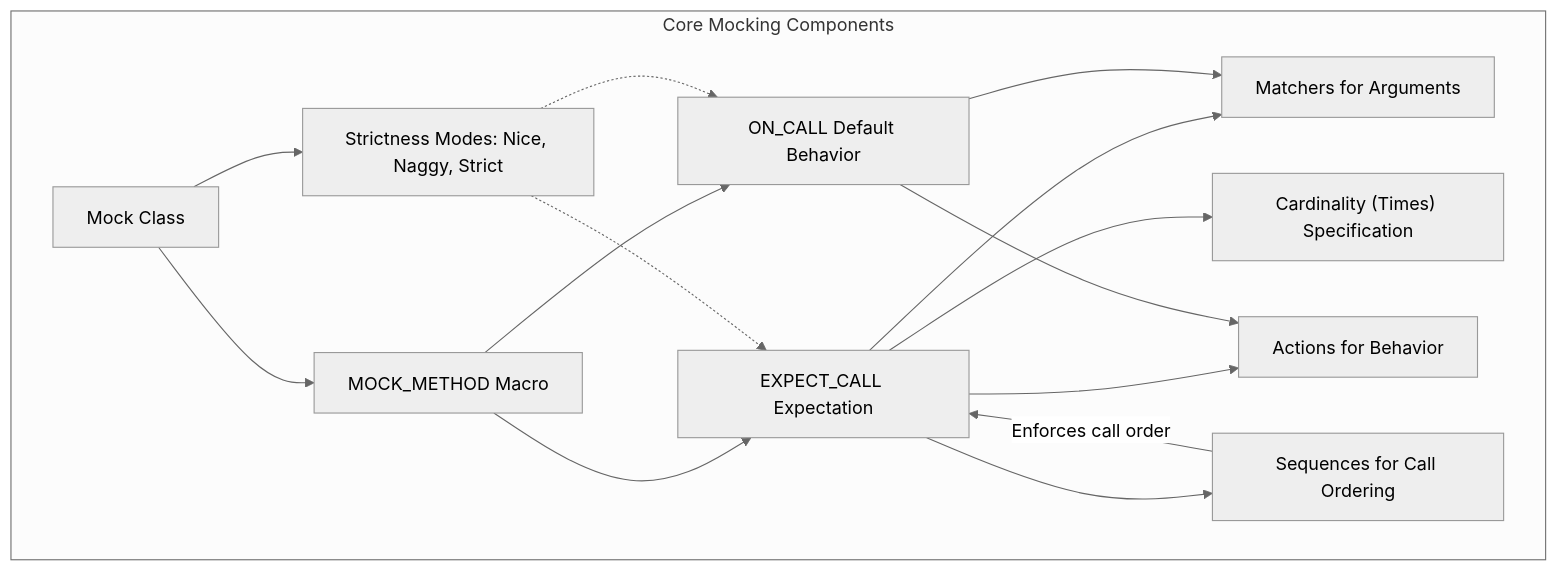
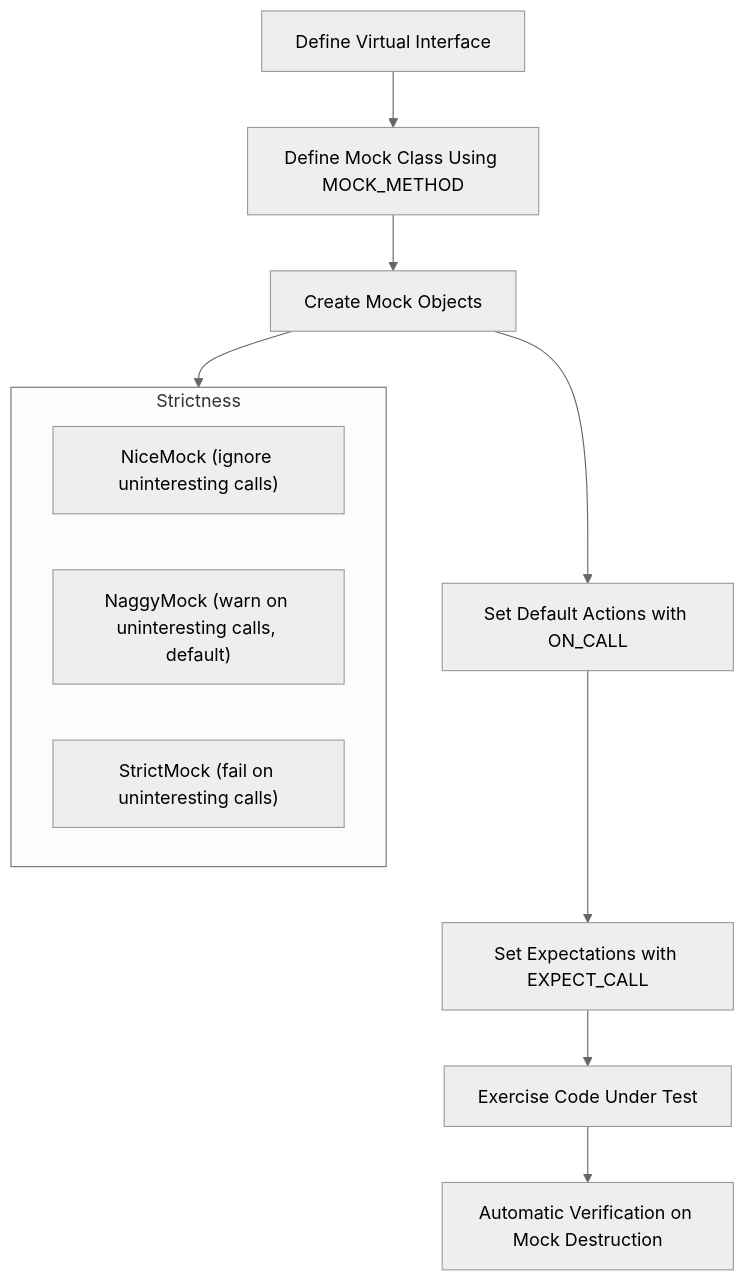
The diagram in concepts/core-architecture/mocking-principles.mdx (clidey/docucod-public-project-869ef7c3-7eff-4ad2-9765-2698303f14d7), drawn with Mermaid (neutral theme) before and after one commit. The commit also changed other lines of this file and 61 other files, not shown here.

````diff
--- a/concepts/core-architecture/mocking-principles.mdx
+++ b/concepts/core-architecture/mocking-principles.mdx
@@ -288,29 +346,18 @@
 ```mermaid
 graph TD
-  subgraph Core Mocking Components
-    MockClass["Mock Class"]
-    MOCK_METHOD["MOCK_METHOD Macro"]
-    Expectation["EXPECT_CALL Expectation"]
-    ON_CALL["ON_CALL Default Behavior"]
-    Matcher["Matchers for Arguments"]
-    Action["Actions for Behavior"]
-    Cardinality["Cardinality (Times) Specification"]
-    Strictness["Strictness Modes: Nice, Naggy, Strict"]
-    Sequence["Sequences for Call Ordering"]
+  DefineInterface["Define Virtual Interface"] --> DefineMock["Define Mock Class Using MOCK_METHOD"]
+  DefineMock --> CreateMocks["Create Mock Objects"]
+  CreateMocks --> SetDefaults["Set Default Actions with ON_CALL"]
+  SetDefaults --> SetExpectations["Set Expectations with EXPECT_CALL"]
+  SetExpectations --> ExerciseCode["Exercise Code Under Test"]
+  ExerciseCode --> Verify["Automatic Verification on Mock Destruction"]
+
+  subgraph Strictness
+    direction LR
+    NiceMock["NiceMock (ignore uninteresting calls)"]
+    NaggyMock["NaggyMock (warn on uninteresting calls, default)"]
+    StrictMock["StrictMock (fail on uninteresting calls)"]
   end
 
-  MockClass --> MOCK_METHOD
-  MOCK_METHOD --> Expectation
-  MOCK_METHOD --> ON_CALL
-  Expectation --> Matcher
-  Expectation --> Cardinality
-  Expectation --> Action
-  Expectation --> Sequence
-  ON_CALL --> Matcher
-  ON_CALL --> Action
-  MockClass --> Strictness
-
-  Strictness -.-> Expectation
-  Strictness -.-> ON_CALL
-  Sequence -- Enforces call order --> Expectation
+  CreateMocks --> Strictness
 ```
````
